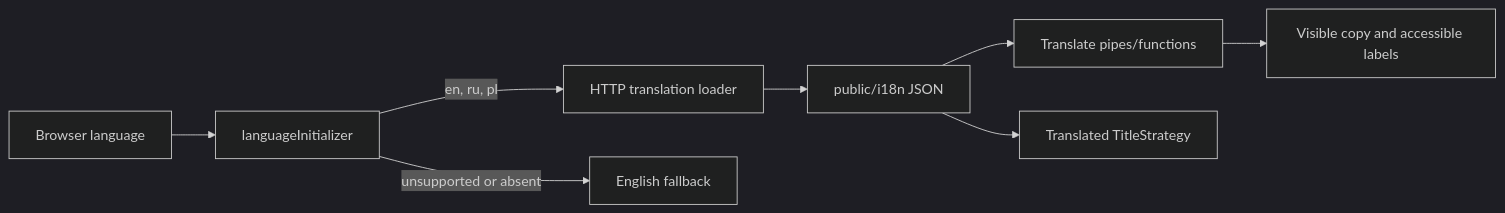
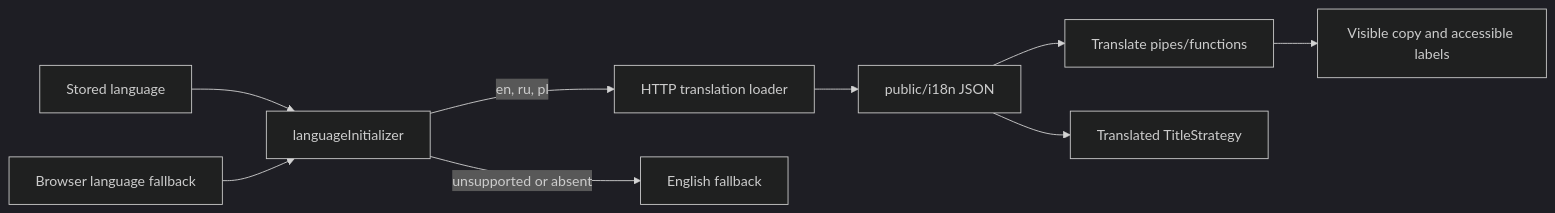
Before and after one commit to Zwezh/media-shelf: the diagram in lode/i18n/summary.md, drawn with Mermaid (dark theme). The commit also changed other lines of this file and 75 other files, not shown here.

````diff
--- a/lode/i18n/summary.md
+++ b/lode/i18n/summary.md
@@ -14,10 +14,11 @@
 ```mermaid
 flowchart LR
-  Browser[Browser language] --> Initializer[languageInitializer]
+  Storage[Stored language] --> Initializer[languageInitializer]
+  Browser[Browser language fallback] --> Initializer
   Initializer -->|en, ru, pl| Loader[HTTP translation loader]
   Initializer -->|unsupported or absent| English[English fallback]
   Loader --> Dictionaries[public/i18n JSON]
   Dictionaries --> Pipes[Translate pipes/functions]
   Pipes --> UI[Visible copy and accessible labels]
   Dictionaries --> Titles[Translated TitleStrategy]
 ```
````
